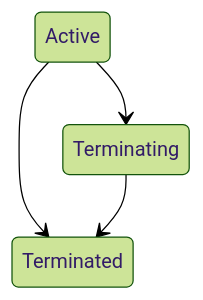
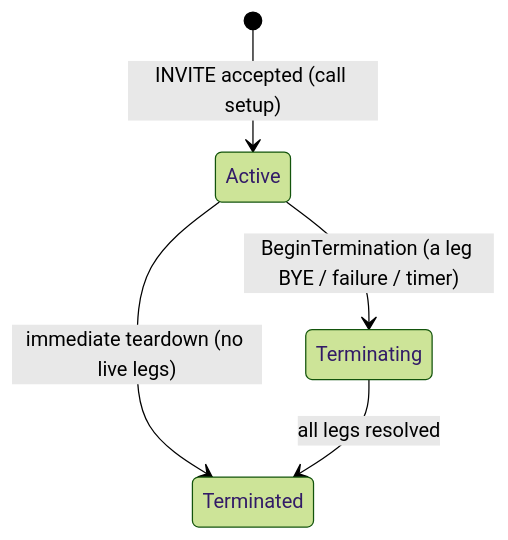
Before and after one commit to vcharbon/siprustserver: the diagram in docs/sm/global-call.md, drawn with Mermaid (forest theme). The commit also changed 4 other files, not shown here.

First line of the commit message:
feat(sm): legible diagrams — start edge, guards, richer global-call, HTML sizing

````diff
--- a/docs/sm/global-call.md
+++ b/docs/sm/global-call.md
@@ -6,9 +6,10 @@
 ```mermaid
 stateDiagram-v2
     Active
     Terminated
     Terminating
-    Active --> Terminated
-    Active --> Terminating
-    Terminating --> Terminated
+    Active --> Terminated : immediate teardown (no live legs)
+    Active --> Terminating : BeginTermination (a leg BYE / failure / timer)
+    Terminating --> Terminated : all legs resolved
+    [*] --> Active : INVITE accepted (call setup)
 ```
````
